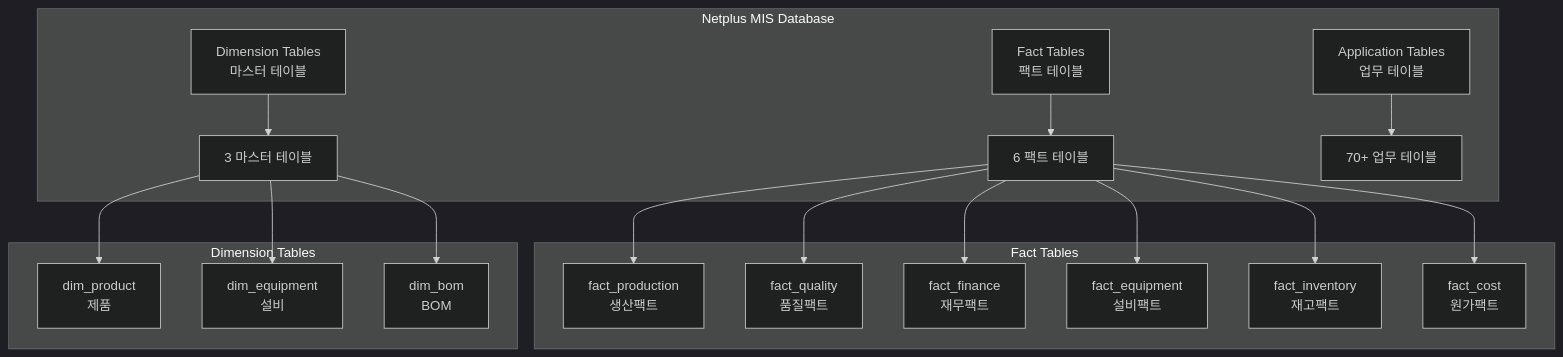
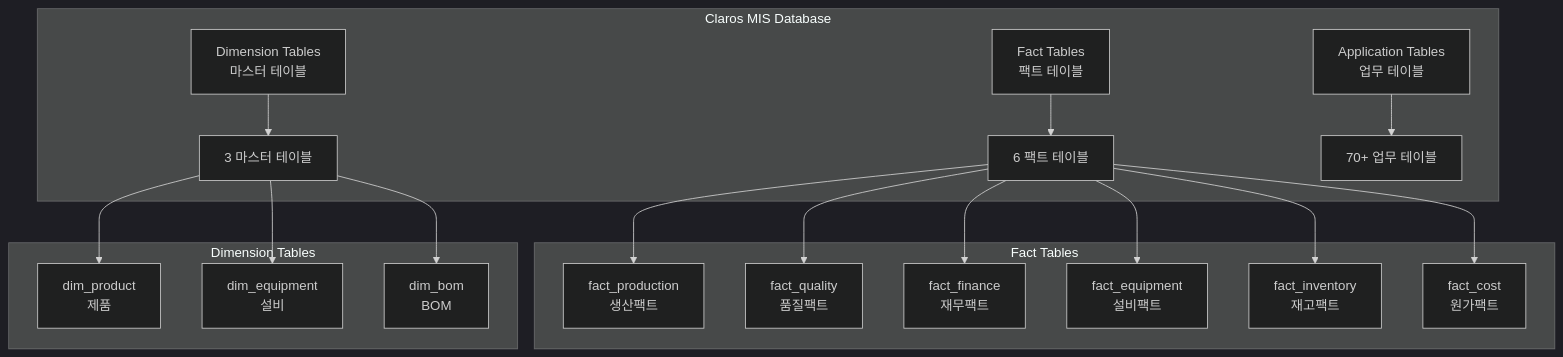
Before and after one commit to HATAEYONG/claros_aibis: the first of 11 diagrams in docs/DATABASE_ERD_MERMAID.md, drawn with Mermaid (dark theme). The commit also changed other lines of this file and 1253 other files, not shown here.

````diff
--- a/docs/DATABASE_ERD_MERMAID.md
+++ b/docs/DATABASE_ERD_MERMAID.md
@@ -12,38 +12,38 @@
 ```mermaid
 graph TB
-    subgraph "Netplus MIS Database"
+    subgraph "Claros MIS Database"
         FT[Fact Tables<br/>팩트 테이블]
         DT[Dimension Tables<br/>마스터 테이블]
         AT[Application Tables<br/>업무 테이블]
 
         FT --> FT1[6 팩트 테이블]
         DT --> DT1[3 마스터 테이블]
         AT --> AT1[70+ 업무 테이블]
     end
 
     subgraph "Fact Tables"
         FP[fact_production<br/>생산팩트]
         FQ[fact_quality<br/>품질팩트]
         FF[fact_finance<br/>재무팩트]
         FE[fact_equipment<br/>설비팩트]
         FI[fact_inventory<br/>재고팩트]
         FC[fact_cost<br/>원가팩트]
     end
 
     subgraph "Dimension Tables"
         DP[dim_product<br/>제품]
         DE[dim_equipment<br/>설비]
         DB[dim_bom<br/>BOM]
     end
 
     FT1 --> FP
     FT1 --> FQ
     FT1 --> FF
     FT1 --> FE
     FT1 --> FI
     FT1 --> FC
 
     DT1 --> DP
     DT1 --> DE
     DT1 --> DB
 ```
````
